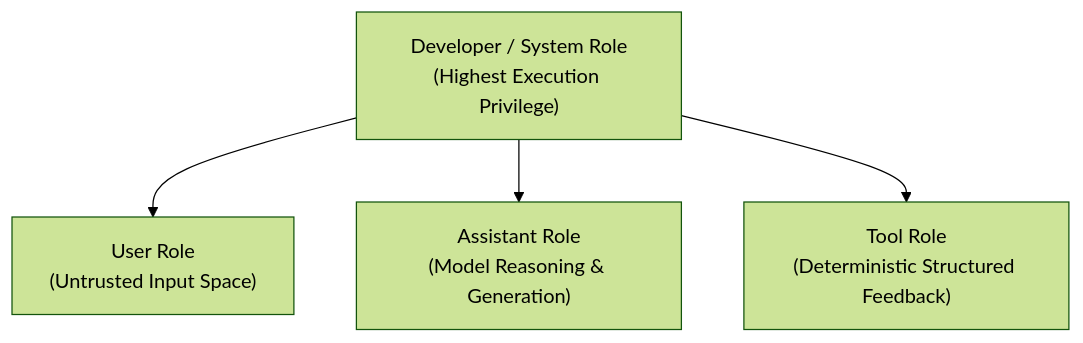
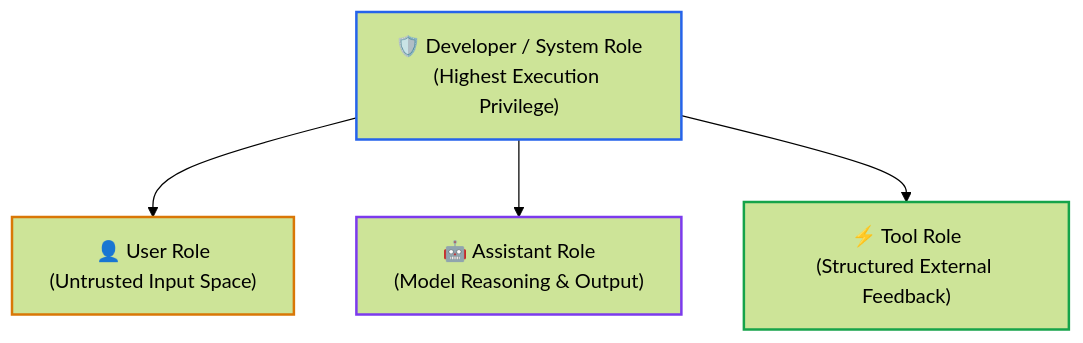
Before and after one commit to dip4k/senior-engineer-to-ai-engineer-roadmap: the second of 2 diagrams in 01-prompt-and-context-engineering/01-context-ast-architecture.md, drawn with Mermaid (forest theme). The commit also changed other lines of this file and 39 other files, not shown here.

First line of the commit message:
feat(curriculum): upgrade mermaid diagrams with unicode icons & codify anti-bloat layout rules

````diff
--- a/01-prompt-and-context-engineering/01-context-ast-architecture.md
+++ b/01-prompt-and-context-engineering/01-context-ast-architecture.md
@@ -148,6 +142,11 @@
 ```mermaid
 flowchart TD
-    Dev["Developer / System Role<br>(Highest Execution Privilege)"] --> User["User Role<br>(Untrusted Input Space)"]
-    Dev --> Assistant["Assistant Role<br>(Model Reasoning & Generation)"]
-    Dev --> Tool["Tool Role<br>(Deterministic Structured Feedback)"]
+    Dev["🛡️ Developer / System Role<br>(Highest Execution Privilege)"] --> User["👤 User Role<br>(Untrusted Input Space)"]
+    Dev --> Assistant["🤖 Assistant Role<br>(Model Reasoning & Output)"]
+    Dev --> Tool["⚡ Tool Role<br>(Structured External Feedback)"]
+
+    style Dev stroke:#2563eb,stroke-width:2px
+    style User stroke:#d97706,stroke-width:2px
+    style Assistant stroke:#7c3aed,stroke-width:2px
+    style Tool stroke:#16a34a,stroke-width:2px
 ```
````
